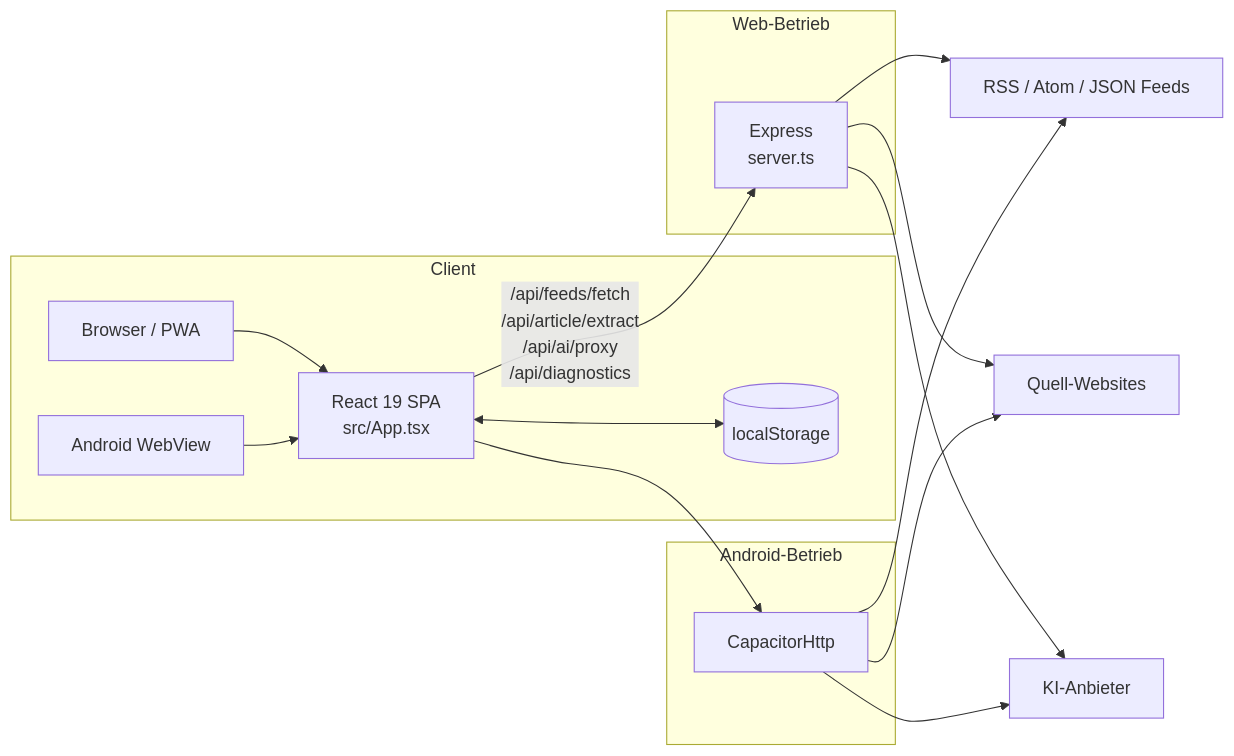
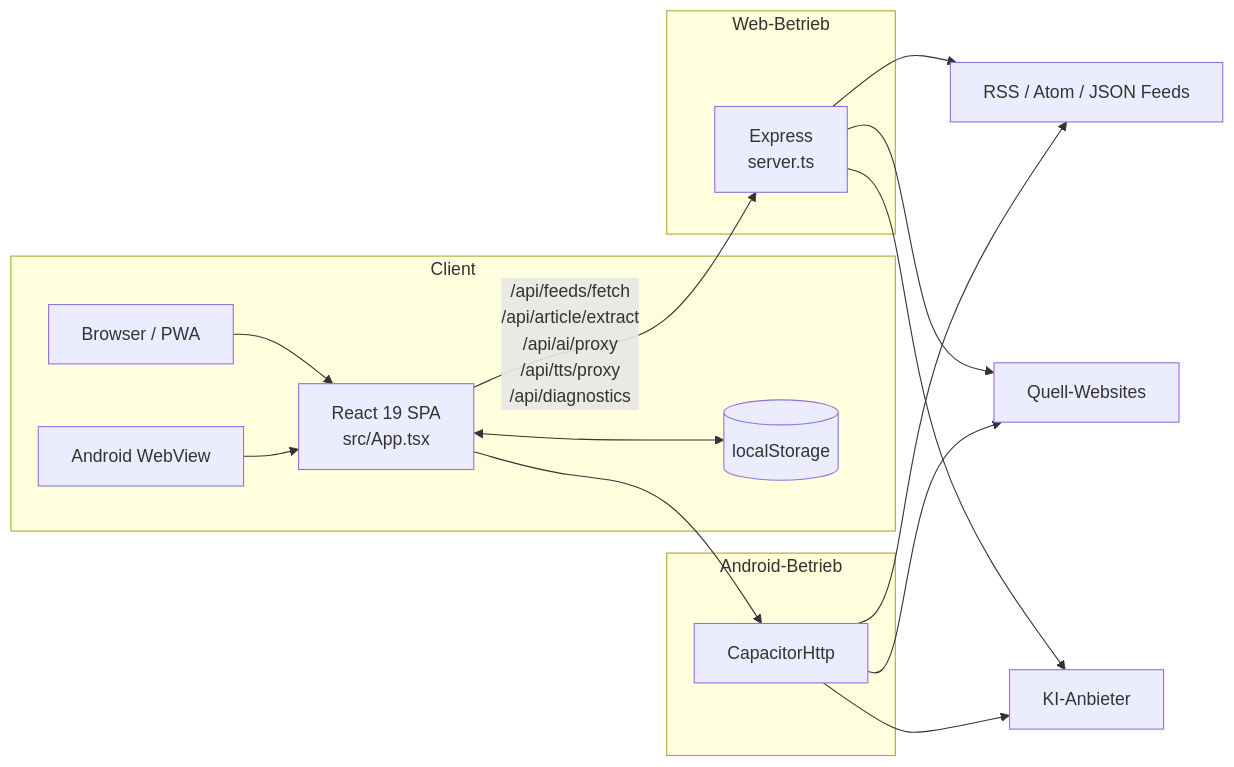
Before and after one commit to mixxermannipro/OpenNews: the diagram in README.md, drawn with Mermaid. The commit also changed other lines of this file and 32 other files, not shown here.

````diff
--- a/README.md
+++ b/README.md
@@ -100,29 +101,29 @@
 ```mermaid
 flowchart LR
     subgraph Client
         B[Browser / PWA]
         A[Android WebView]
         R[React 19 SPA<br/>src/App.tsx]
         L[(localStorage)]
         B --> R
         A --> R
         R <--> L
     end
 
     subgraph "Web-Betrieb"
         S[Express<br/>server.ts]
-        R -->|/api/feeds/fetch<br/>/api/article/extract<br/>/api/ai/proxy<br/>/api/diagnostics| S
+        R -->|/api/feeds/fetch<br/>/api/article/extract<br/>/api/ai/proxy<br/>/api/tts/proxy<br/>/api/diagnostics| S
     end
 
     subgraph "Android-Betrieb"
         C[CapacitorHttp]
         R --> C
     end
 
     S --> F[RSS / Atom / JSON Feeds]
     S --> W[Quell-Websites]
     S --> K[KI-Anbieter]
     C --> F
     C --> W
     C --> K
 ```
````
